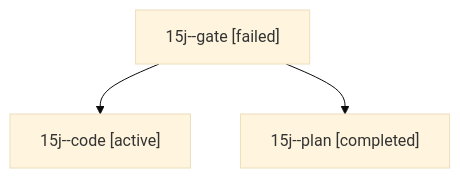
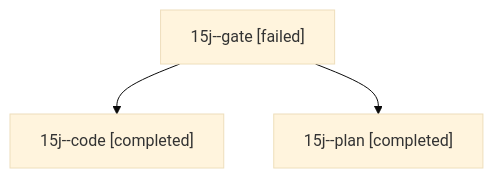
One commit to sase-org/sase--agents changed the diagram in sessions/bbugyi200.athena.15j.md. Above: the diagram before and after it, drawn with Mermaid (base theme). The commit also changed other lines of this file and 170 other files, not shown here.

````diff
--- a/sessions/bbugyi200.athena.15j.md
+++ b/sessions/bbugyi200.athena.15j.md
@@ -9,8 +9,8 @@
 ```mermaid
 flowchart TD
   n0["15j--gate [failed]"]
-  n1["15j--code [active]"]
+  n1["15j--code [completed]"]
   n0 --> n1
   n2["15j--plan [completed]"]
   n0 --> n2
 ```
````
